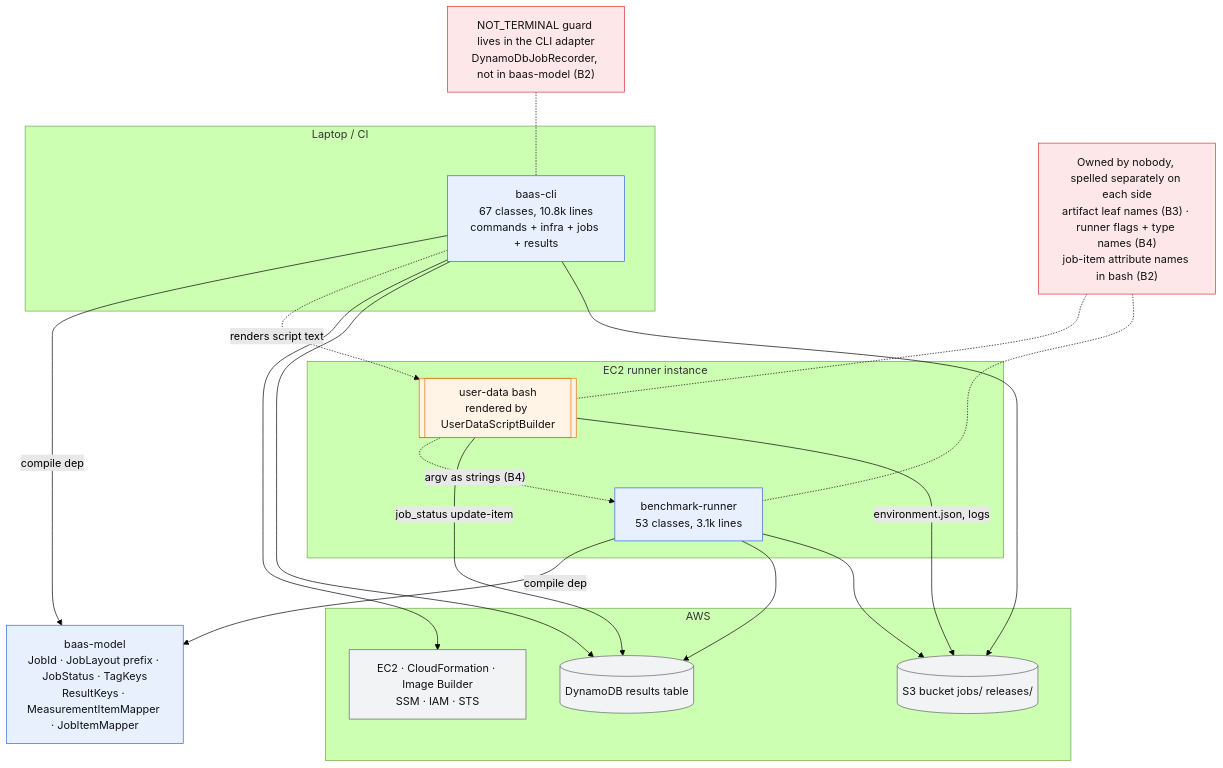
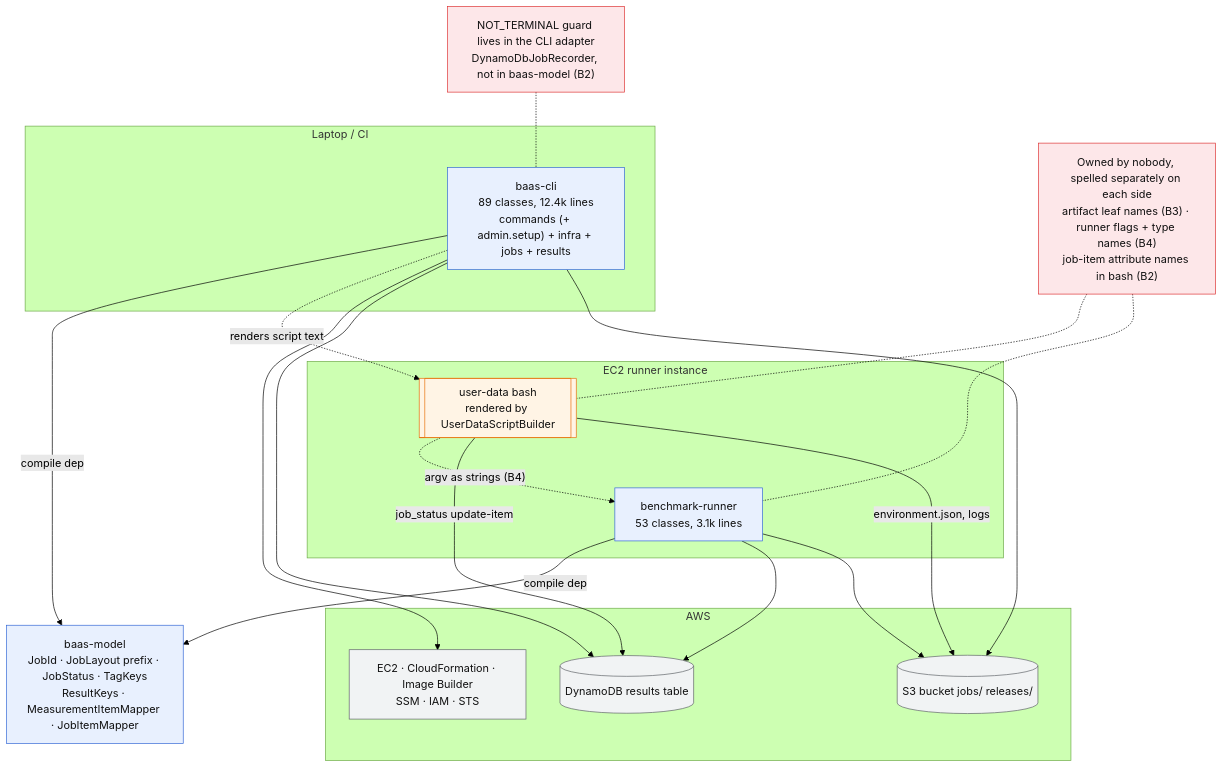
The diagram in docs/review/2026-10-13-codebase-review/diagrams/current-runtimes.mmd (wsztajerowski/benchmark-as-a-service), drawn with Mermaid (forest theme) before and after one commit. The commit also changed 8 other files, not shown here.

```diff
--- a/docs/review/2026-10-13-codebase-review/diagrams/current-runtimes.mmd
+++ b/docs/review/2026-10-13-codebase-review/diagrams/current-runtimes.mmd
@@ -1,39 +1,39 @@
-%% Today: the three runtimes and who owns which shared contract
+%% Today (7d9660a): the three runtimes and who owns which shared contract
 flowchart TB
   classDef mod fill:#e8f0fe,stroke:#3367d6,color:#111
   classDef sh fill:#fff4e5,stroke:#e8710a,color:#111
   classDef aws fill:#f1f3f4,stroke:#5f6368,color:#111
   classDef gap fill:#fde7e9,stroke:#d33,color:#111
 
   subgraph LAPTOP["Laptop / CI"]
-    CLI["baas-cli<br/>67 classes, 10.8k lines<br/>commands + infra + jobs + results"]:::mod
+    CLI["baas-cli<br/>89 classes, 12.4k lines<br/>commands (+ admin.setup) + infra + jobs + results"]:::mod
   end
   MODEL["baas-model<br/>JobId · JobLayout prefix · JobStatus · TagKeys<br/>ResultKeys · MeasurementItemMapper · JobItemMapper"]:::mod
   subgraph EC2["EC2 runner instance"]
     SH[["user-data bash<br/>rendered by UserDataScriptBuilder"]]:::sh
     RUN["benchmark-runner<br/>53 classes, 3.1k lines"]:::mod
   end
   subgraph AWS["AWS"]
     DDB[("DynamoDB results table")]:::aws
     S3[("S3 bucket jobs/ releases/")]:::aws
     CTRL["EC2 · CloudFormation · Image Builder<br/>SSM · IAM · STS"]:::aws
   end
 
   CLI -->|compile dep| MODEL
   RUN -->|compile dep| MODEL
   CLI -. "renders script text" .-> SH
   SH -. "argv as strings (B4)" .-> RUN
 
   CLI --> CTRL
   CLI --> DDB
   CLI --> S3
   RUN --> DDB
   RUN --> S3
   SH -->|"job_status update-item"| DDB
   SH -->|"environment.json, logs"| S3
 
   G1["Owned by nobody, spelled separately on each side<br/>artifact leaf names (B3) · runner flags + type names (B4)<br/>job-item attribute names in bash (B2)"]:::gap
   G2["NOT_TERMINAL guard lives in the CLI adapter<br/>DynamoDbJobRecorder, not in baas-model (B2)"]:::gap
   G1 -.- SH
   G1 -.- RUN
   G2 -.- CLI
```
